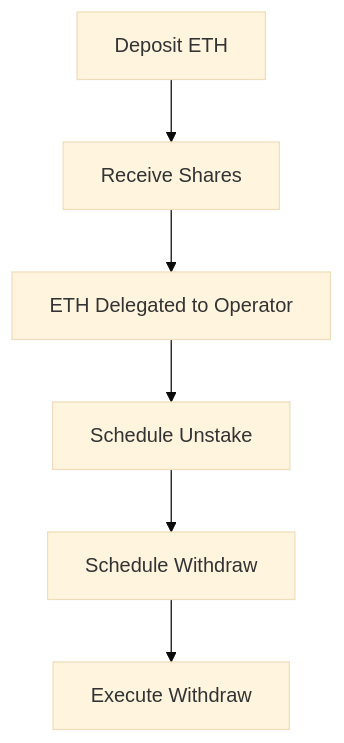
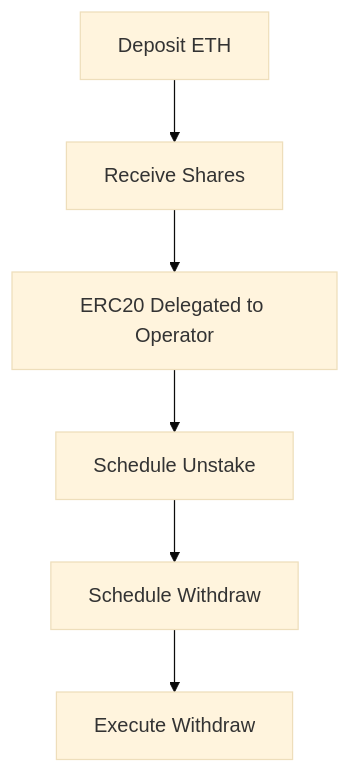
One commit to tangle-network/lrt changed the diagram in README.md. Above: the diagram before and after it, drawn with Mermaid (base theme).

Commit message:
chore: fix diagram

````diff
--- a/README.md
+++ b/README.md
@@ -40,8 +40,8 @@
 ```mermaid
 graph TD
 A[Deposit ETH] --> B[Receive Shares]
-B --> C[ETH Delegated to Operator]
+B --> C[ERC20 Delegated to Operator]
 C --> D[Schedule Unstake]
 D --> E[Schedule Withdraw]
 E --> F[Execute Withdraw]
 ```
````
